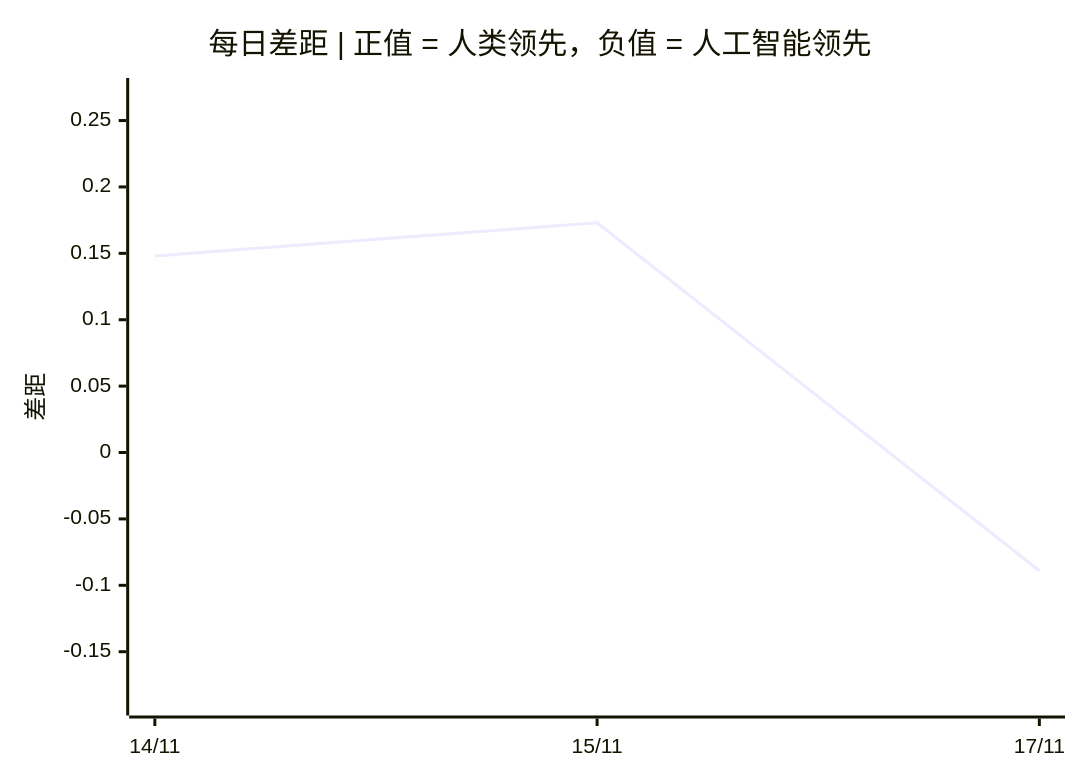
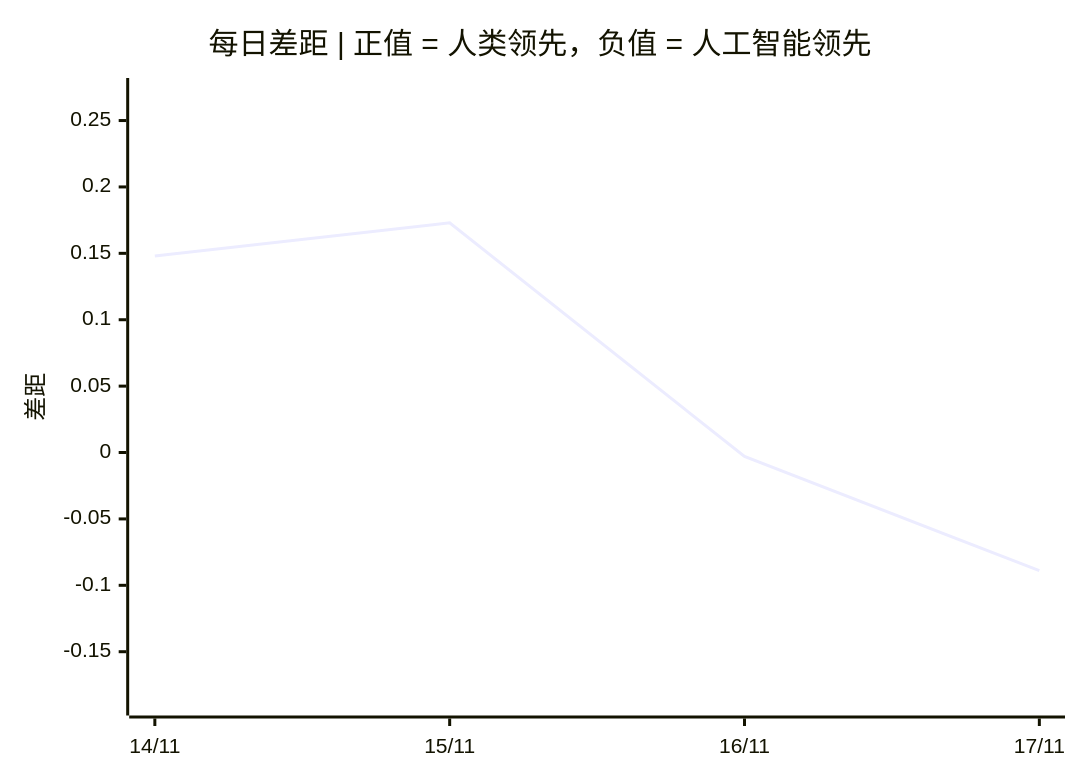
Before and after one commit to VQQLK/Human-AI-Monitor: the third of 3 diagrams in README.zh.md, drawn with Mermaid. The commit also changed other lines of this file and 3 other files, not shown here.

Commit message:
fix(readme): include Monday snapshot in Daily Gap chart (remove is_interim filter)

````diff
--- a/README.zh.md
+++ b/README.zh.md
@@ -56,7 +56,7 @@
 ```mermaid
 xychart-beta
     title "每日差距 | 正值 = 人类领先，负值 = 人工智能领先"
-    x-axis ["14/11", "15/11", "17/11"]
+    x-axis ["14/11", "15/11", "16/11", "17/11"]
     y-axis "差距" -0.189 --> 0.273
-    line [0.148, 0.173, -0.089]
+    line [0.148, 0.173, -0.003, -0.089]
 ```
````
